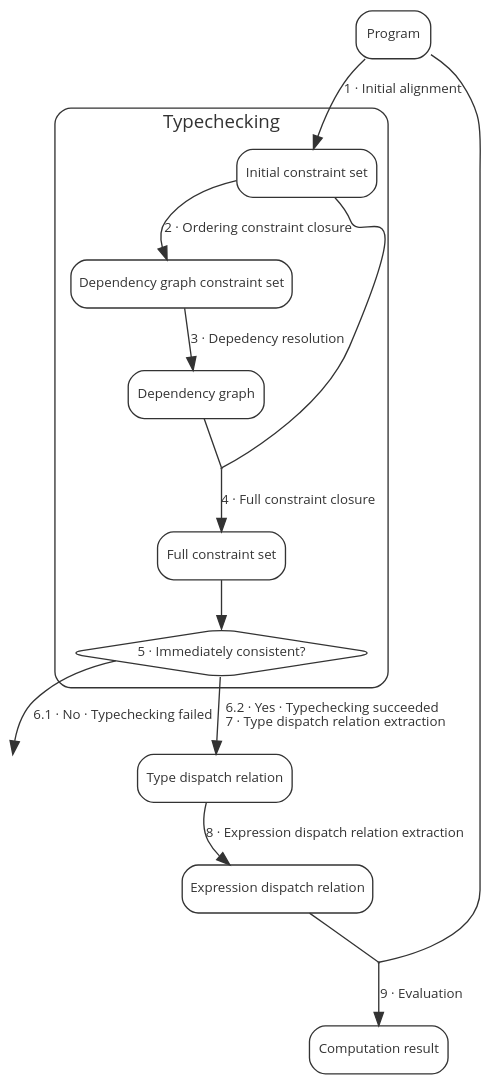
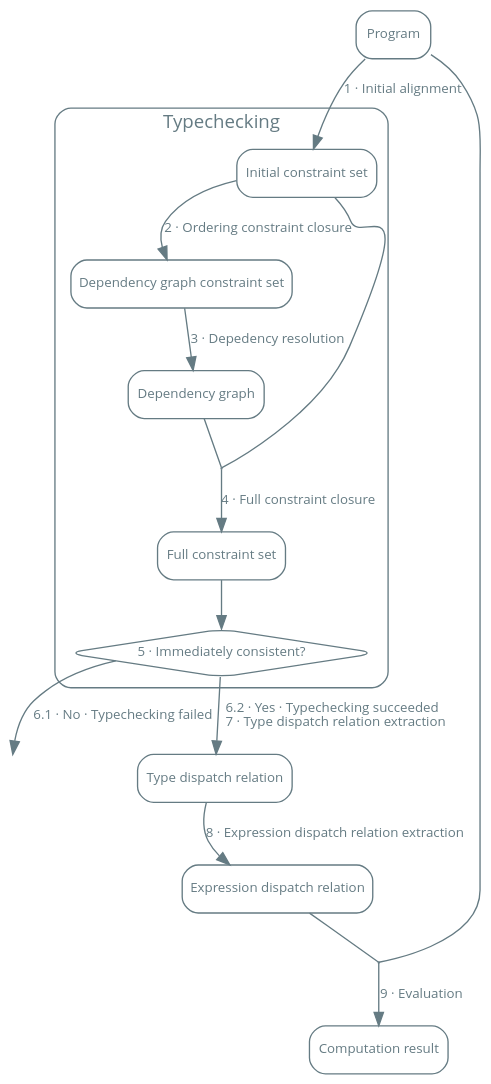
The first of 2 diagrams in docs/implementation-notes.org (JHU-PL-Lab/whayrf), drawn with Graphviz before and after one commit. The commit also changed 1 other file, not shown here.

Commit message:
Testing without solarized

```diff
--- a/docs/implementation-notes.org
+++ b/docs/implementation-notes.org
@@ -5,60 +5,60 @@
   #+BEGIN_SRC dot :file images/overview.png :exports results
     digraph overview {
 
       ////////////////
       // Typography //
       ////////////////
 
       fontname = "Open Sans";
       node [fontname = "Open Sans", fontsize = 10];
       edge [fontname = "Open Sans", fontsize = 10];
 
       //////////////////
       // Colorschemes //
       //////////////////
 
-      // Plain black-on-white.
+      // Solarized Light.
 
       bgcolor = transparent;
-      color = "#333333";
-      fontcolor = "#333333";
-      node [color = "#333333", fontcolor = "#333333"];
-      edge [color = "#333333", fontcolor = "#333333"];
+      color = "#657b83";
+      fontcolor = "#657b83";
+      node [color = "#657b83", fontcolor = "#657b83"];
+      edge [color = "#657b83", fontcolor = "#657b83"];
 
       ///////////////
       // Box style //
       ///////////////
 
       style = "rounded";
       node [shape = box, style = "rounded"];
 
       ///////////
       // Graph //
       ///////////
 
       "Program" -> "Initial constraint set" [label = " 1 · Initial alignment"];
 
       subgraph cluster_typechecking {
         label = "Typechecking";
 
         "Initial constraint set" -> "Dependency graph constraint set" [label = " 2 · Ordering constraint closure"];
         "Dependency graph constraint set" -> "Dependency graph" [label = " 3 · Depedency resolution"];
         full_constraint_closure [shape = point, width = 0.01, height = 0.01];
         "Dependency graph" -> full_constraint_closure [dir = none];
         "Initial constraint set" -> full_constraint_closure [dir = none];
         full_constraint_closure -> "Full constraint set" [label = " 4 · Full constraint closure"];
         "5 · Immediately consistent?" [shape = diamond];
         "Full constraint set" -> "5 · Immediately consistent?";
       }
 
       typechecking_failed [style = invisible];
       "5 · Immediately consistent?" -> typechecking_failed [label = " 6.1 · No · Typechecking failed"];
       "5 · Immediately consistent?" -> "Type dispatch relation" [label = " 6.2 · Yes · Typechecking succeeded\n   7 · Type dispatch relation extraction"];
 
       "Type dispatch relation" -> "Expression dispatch relation" [label = " 8 · Expression dispatch relation extraction"];
       evaluation [shape = point, width = 0.01, height = 0.01];
       "Expression dispatch relation" -> evaluation [dir = none];
       "Program" -> evaluation [dir = none];
       evaluation -> "Computation result" [label = " 9 · Evaluation"];
     }
   #+END_SRC
```
